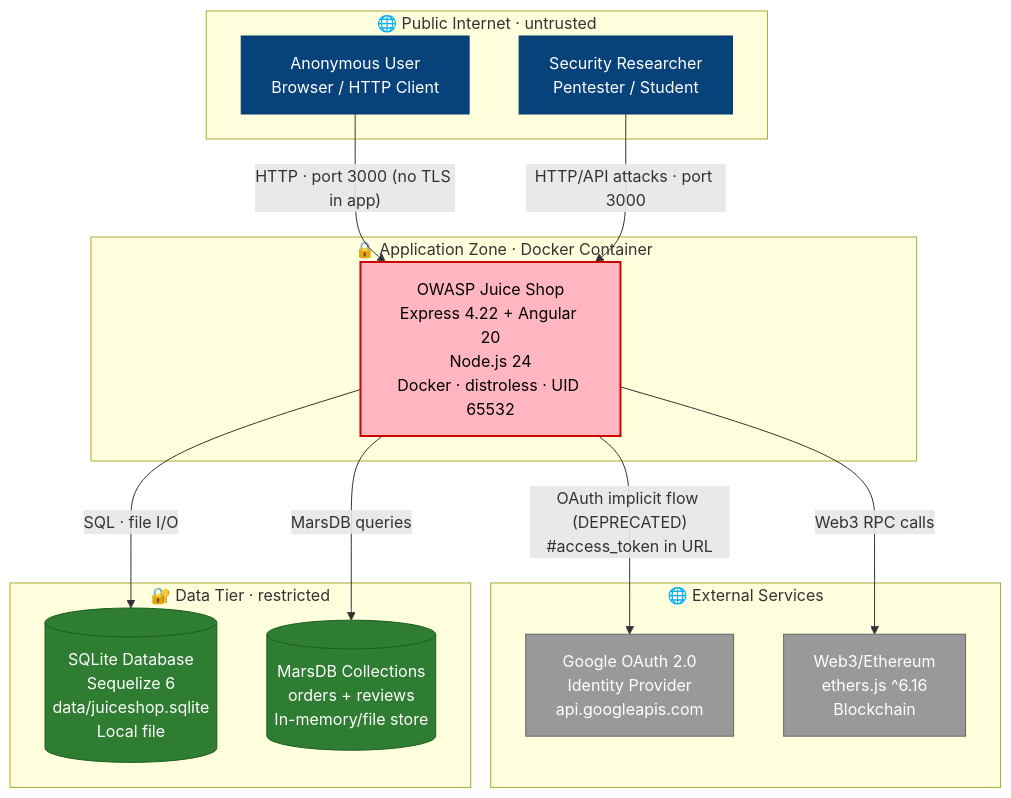
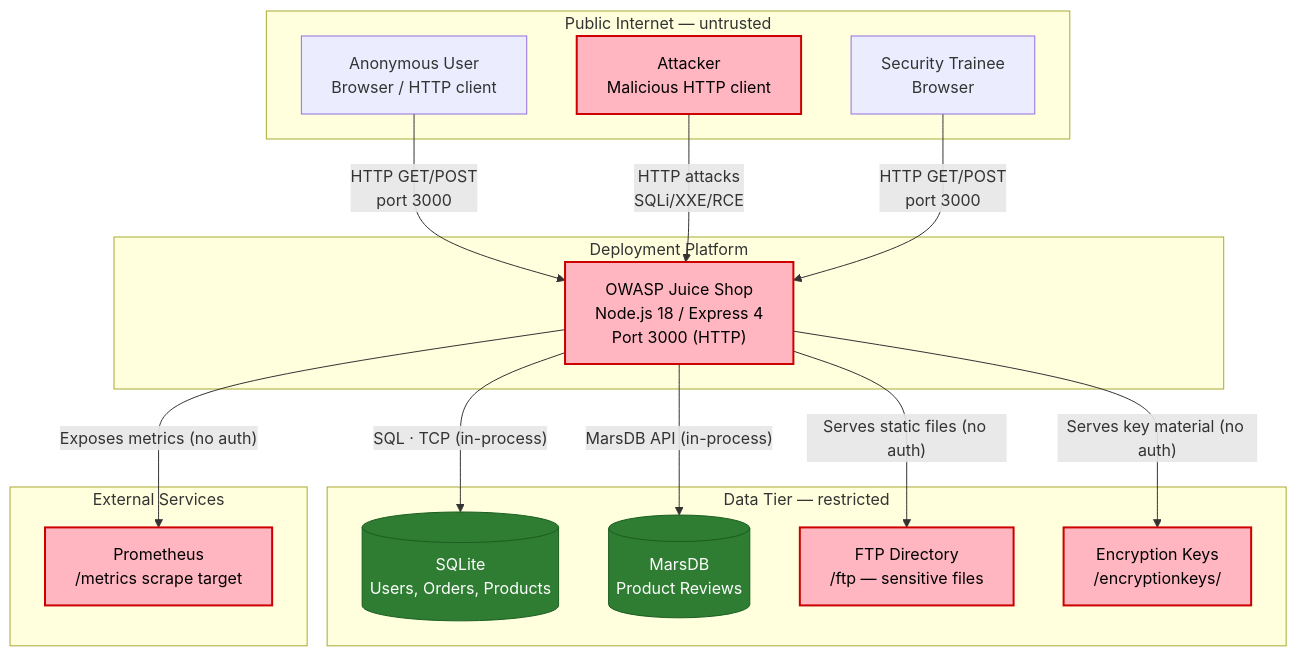
Before and after one commit to appsec-foundry/appsec-advisor: the second of 10 diagrams in examples/juice-shop/threat-model-sonnet.md, drawn with Mermaid. The commit also changed other lines of this file and 14 other files, not shown here.

````diff
--- a/examples/juice-shop/threat-model-sonnet.md
+++ b/examples/juice-shop/threat-model-sonnet.md
@@ -66,39 +224,40 @@
 ```mermaid
 graph TD
-    classDef person   fill:#08427B,stroke:#073B6F,color:#fff
-    classDef system   fill:#1168BD,stroke:#0E5CA8,color:#fff
-    classDef external fill:#999,stroke:#666,color:#fff
-    classDef db       fill:#2E7D32,stroke:#1B5E20,color:#fff
-    classDef risk     fill:#FFB6C1,stroke:#c00,color:#000,stroke-width:2px
-
-    subgraph INTERNET["🌐 Public Internet · untrusted"]
-        USER["Anonymous User\nBrowser / HTTP Client"]:::person
-        ATTACKER["Security Researcher\nPentester / Student"]:::person
+    subgraph INTERNET["Public Internet — untrusted"]
+        USER["Anonymous User\nBrowser / HTTP client"]
+        ATTACKER["Attacker\nMalicious HTTP client"]:::risk
+        TRAINEE["Security Trainee\nBrowser"]
     end
 
-    subgraph APP_ZONE["🔒 Application Zone · Docker Container"]
-        JS["OWASP Juice Shop\nExpress 4.22 + Angular 20\nNode.js 24\nDocker · distroless · UID 65532"]:::risk
+    subgraph PLATFORM["Deployment Platform"]
+        JUICESHOP["OWASP Juice Shop\nNode.js 18 / Express 4\nPort 3000 (HTTP)"]:::risk
     end
 
-    subgraph EXTERNAL_SVC["🌐 External Services"]
-        GOOGLE["Google OAuth 2.0\nIdentity Provider\napi.googleapis.com"]:::external
-        ETHERS["Web3/Ethereum\nethers.js ^6.16\nBlockchain"]:::external
+    subgraph DATA_TIER["Data Tier — restricted"]
+        SQLITE[("SQLite\nUsers, Orders, Products")]:::db
+        MARSDB[("MarsDB\nProduct Reviews")]:::db
+        FTP["FTP Directory\n/ftp — sensitive files"]:::risk
+        ENCKEYS["Encryption Keys\n/encryptionkeys/"]:::risk
     end
 
-    subgraph DATA_TIER["🔐 Data Tier · restricted"]
-        SQLITE[("SQLite Database\nSequelize 6\ndata/juiceshop.sqlite\nLocal file")]:::db
-        MARSDB[("MarsDB Collections\norders + reviews\nIn-memory/file store")]:::db
+    subgraph EXTERNAL["External Services"]
+        PROMETHEUS["Prometheus\n/metrics scrape target"]:::risk
     end
 
-    USER -->|"HTTP · port 3000 (no TLS in app)"| JS
-    ATTACKER -->|"HTTP/API attacks · port 3000"| JS
-    JS -->|"OAuth implicit flow (DEPRECATED)\n#access_token in URL"| GOOGLE
-    JS -->|"Web3 RPC calls"| ETHERS
-    JS -->|"SQL · file I/O"| SQLITE
-    JS -->|"MarsDB queries"| MARSDB
+    USER -->|"HTTP GET/POST\nport 3000"| JUICESHOP
+    ATTACKER -->|"HTTP attacks\nSQLi/XXE/RCE"| JUICESHOP
+    TRAINEE -->|"HTTP GET/POST\nport 3000"| JUICESHOP
+    JUICESHOP -->|"SQL · TCP (in-process)"| SQLITE
+    JUICESHOP -->|"MarsDB API (in-process)"| MARSDB
+    JUICESHOP -->|"Serves static files (no auth)"| FTP
+    JUICESHOP -->|"Serves key material (no auth)"| ENCKEYS
+    JUICESHOP -->|"Exposes metrics (no auth)"| PROMETHEUS
 
-    %% Trust Boundary Key:
-    %% 🌐 Public Internet → 🔒 Application Zone: No WAF, no TLS termination at app level
-    %% 🔒 Application Zone → 🔐 Data Tier: No network policy, file-level access only
-    %% 🔒 Application Zone → 🌐 External Services: HTTPS outbound (OAuth, Web3)
+    classDef risk fill:#FFB6C1,stroke:#c00,color:#000,stroke-width:2px
+    classDef db fill:#2E7D32,stroke:#1B5E20,color:#fff
+
+%% Trust Boundary Key:
+%% Public Internet / PLATFORM: no gateway, no WAF — Express exposed directly on :3000
+%% Data Tier: in-process SQLite and MarsDB — no network isolation
+%% /ftp, /encryptionkeys: served as static files without authentication
 ```
````
